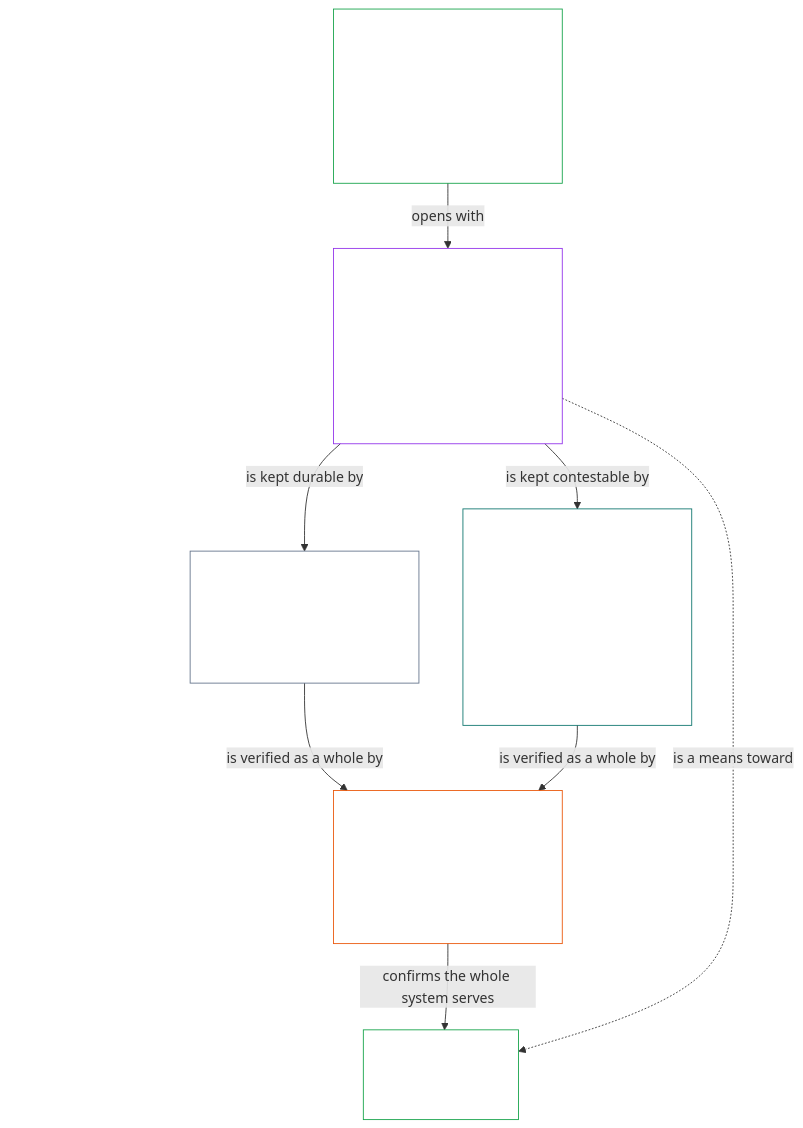
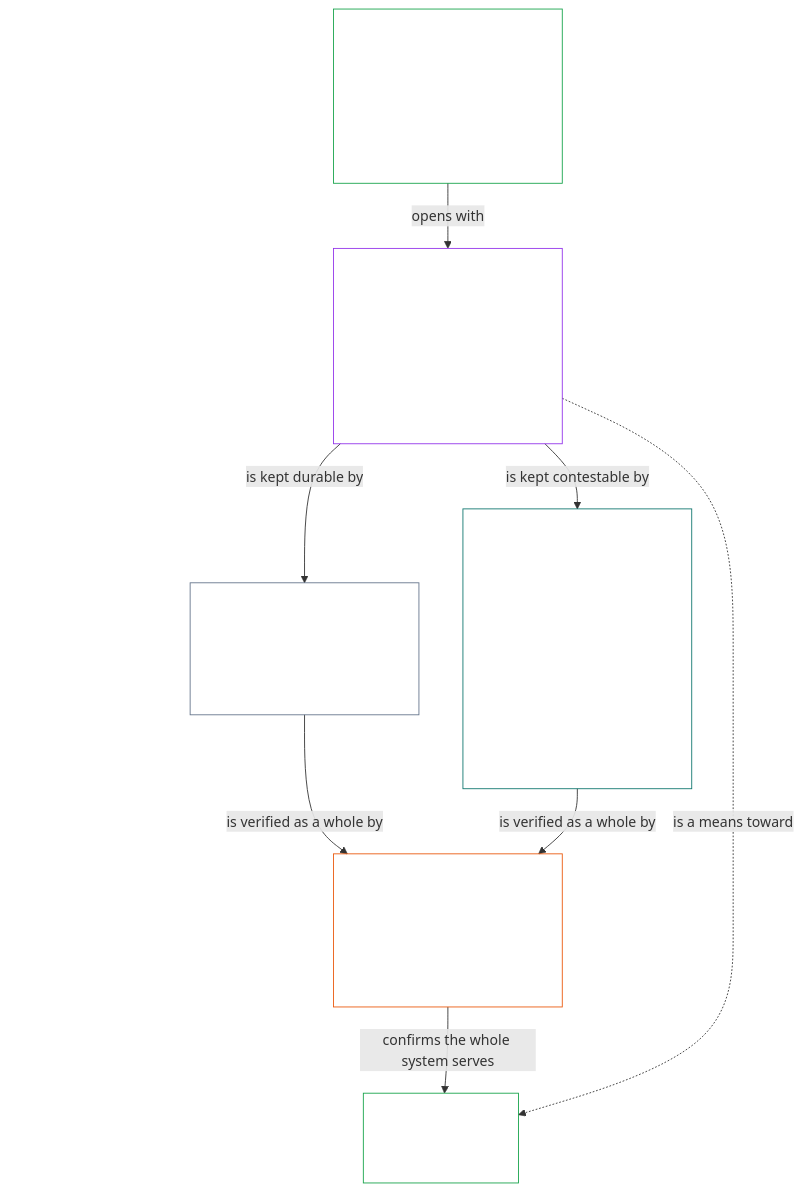
Before and after one commit to kfoelsch/Sentient_Constitution: the third of 3 diagrams in core_01_a_values_principles.md, drawn with Mermaid. The commit also changed other lines of this file and 3 other files, not shown here.

First line of the commit message:
Add branch naming rule; sync Ch1 Part A charts into Conceptual Overview

````diff
--- a/core_01_a_values_principles.md
+++ b/core_01_a_values_principles.md
@@ -1141,32 +1141,32 @@
 ```mermaid
 flowchart TB
     C["Continuity aim<br/><br/>• Long-horizon stability, sustainability, resilience,<br/>and ecological wellbeing<br/>• Always bounded by the Rights Floor"]
     CAP["§9 Shared-System Capacity<br/><br/>• §9.1 Productive Capacity (Instrumental Good)<br/>• §9.2 Constitutional Efficiency<br/>• Straddles both aims"]
     FL["Flourishing aim<br/><br/>• §3 to §7"]
     RES["§10 Resilience and Self-Healing Design<br/><br/>• Detect, contain, fail safely, recover honestly"]
-    MKT["§11 Market Structure<br/><br/>• §11.1 Market Concentration Threshold Mechanism<br/>• §11.2 Pro-Competition and Anti-Domination<br/>• §11.3 Consolidation Ceiling"]
+    MKT["§11 Market Structure<br/><br/>• §11.1 Market Concentration Threshold Mechanism<br/>• §11.2 Pro-Competition and Anti-Domination<br/>• §11.3 Consolidation Ceiling<br/>• §11.4 Resource and Dependency Concentration"]
     EV["§12 Systemic Evaluation Requirement<br/><br/>• Whole-system scope, dependency,<br/>and incentive alignment"]
     C -->|"opens with"| CAP
     GL["&nbsp;"]
     GE["&nbsp;&nbsp;&nbsp;&nbsp;&nbsp;&nbsp;&nbsp;&nbsp;&nbsp;&nbsp;&nbsp;&nbsp;&nbsp;&nbsp;&nbsp;&nbsp;&nbsp;&nbsp;&nbsp;&nbsp;&nbsp;&nbsp;&nbsp;&nbsp;&nbsp;&nbsp;&nbsp;&nbsp;&nbsp;&nbsp;"]
     GF[" "]
     CAP ~~~ GL
     GL ~~~ GE
     GE ~~~ GF
     GE ~~~ FL
     CAP -->|"is kept durable by"| RES
     CAP -->|"is kept contestable by"| MKT
     RES -->|"is verified as a whole by"| EV
     MKT -->|"is verified as a whole by"| EV
     EV -->|"confirms the whole system serves"| FL
     CAP -.->|"is a means toward"| FL
     style C fill:none,stroke:#16a34a,color:#ffffff
     style CAP fill:none,stroke:#9333ea,color:#ffffff
     style FL fill:none,stroke:#16a34a,color:#ffffff
     style RES fill:none,stroke:#64748b,color:#ffffff
     style MKT fill:none,stroke:#0f766e,color:#ffffff
     style EV fill:none,stroke:#ea580c,color:#ffffff
     style GL fill:none,stroke:none,color:#111111
     style GE fill:none,stroke:none,color:#111111
     style GF fill:none,stroke:none,color:#111111
 ```
````
